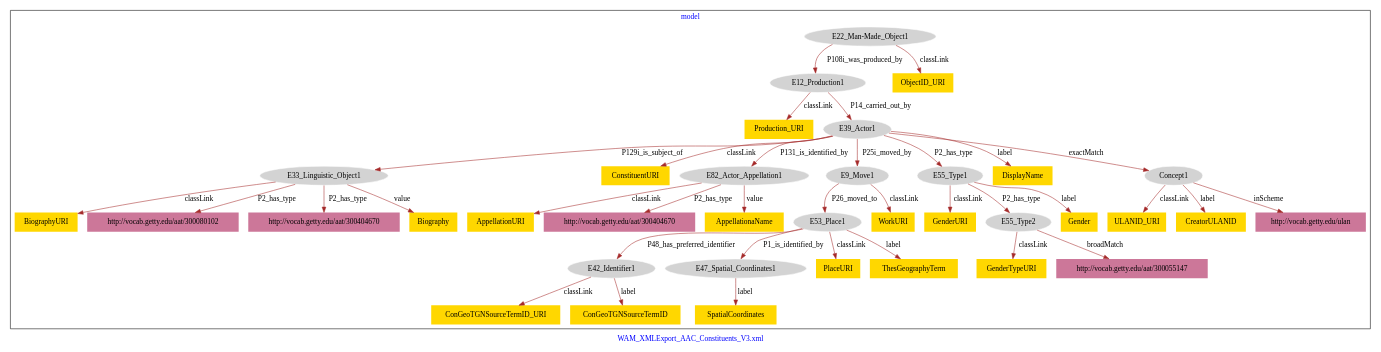
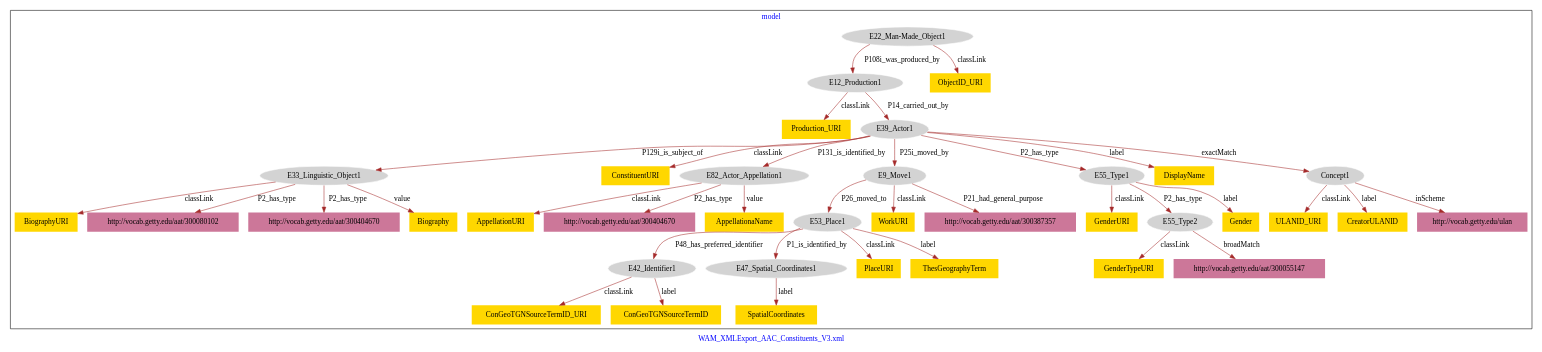
The diagram in WAM_AAC_Constituents/WAM_AAC_Individual_PlaceofWork-model.dot (american-art/wam), drawn with Graphviz before and after one commit.

Commit message:
Update file WAM_AAC_Individual_PlaceofWork-model.dot

```diff
--- a/WAM_AAC_Constituents/WAM_AAC_Individual_PlaceofWork-model.dot
+++ b/WAM_AAC_Constituents/WAM_AAC_Individual_PlaceofWork-model.dot
@@ -1,79 +1,81 @@
 digraph n0 {
 fontcolor="blue"
 remincross="true"
 label="WAM_XMLExport_AAC_Constituents_V3.xml"
 subgraph cluster {
 label="model"
 n2[style="filled",color="white",fillcolor="lightgray",label="E12_Production1"];
 n3[shape="plaintext",style="filled",fillcolor="gold",label="Production_URI"];
 n4[style="filled",color="white",fillcolor="lightgray",label="E39_Actor1"];
 n5[style="filled",color="white",fillcolor="lightgray",label="E22_Man-Made_Object1"];
 n6[shape="plaintext",style="filled",fillcolor="gold",label="ObjectID_URI"];
 n7[style="filled",color="white",fillcolor="lightgray",label="E33_Linguistic_Object1"];
 n8[shape="plaintext",style="filled",fillcolor="gold",label="BiographyURI"];
 n9[shape="plaintext",style="filled",fillcolor="#CC7799",label="http://vocab.getty.edu/aat/300080102"];
 n10[shape="plaintext",style="filled",fillcolor="#CC7799",label="http://vocab.getty.edu/aat/300404670"];
 n11[shape="plaintext",style="filled",fillcolor="gold",label="Biography"];
 n12[shape="plaintext",style="filled",fillcolor="gold",label="ConstituentURI"];
 n13[style="filled",color="white",fillcolor="lightgray",label="E82_Actor_Appellation1"];
 n14[style="filled",color="white",fillcolor="lightgray",label="E9_Move1"];
 n15[style="filled",color="white",fillcolor="lightgray",label="E55_Type1"];
 n16[shape="plaintext",style="filled",fillcolor="gold",label="DisplayName"];
 n17[style="filled",color="white",fillcolor="lightgray",label="Concept1"];
 n18[style="filled",color="white",fillcolor="lightgray",label="E42_Identifier1"];
 n19[shape="plaintext",style="filled",fillcolor="gold",label="ConGeoTGNSourceTermID_URI"];
 n20[shape="plaintext",style="filled",fillcolor="gold",label="ConGeoTGNSourceTermID"];
 n21[style="filled",color="white",fillcolor="lightgray",label="E47_Spatial_Coordinates1"];
 n22[shape="plaintext",style="filled",fillcolor="gold",label="SpatialCoordinates"];
 n23[style="filled",color="white",fillcolor="lightgray",label="E53_Place1"];
 n24[shape="plaintext",style="filled",fillcolor="gold",label="PlaceURI"];
 n25[shape="plaintext",style="filled",fillcolor="gold",label="ThesGeographyTerm"];
 n26[shape="plaintext",style="filled",fillcolor="gold",label="GenderURI"];
 n27[style="filled",color="white",fillcolor="lightgray",label="E55_Type2"];
 n28[shape="plaintext",style="filled",fillcolor="gold",label="Gender"];
 n29[shape="plaintext",style="filled",fillcolor="gold",label="GenderTypeURI"];
 n30[shape="plaintext",style="filled",fillcolor="#CC7799",label="http://vocab.getty.edu/aat/300055147"];
 n31[shape="plaintext",style="filled",fillcolor="gold",label="AppellationURI"];
 n32[shape="plaintext",style="filled",fillcolor="#CC7799",label="http://vocab.getty.edu/aat/300404670"];
 n33[shape="plaintext",style="filled",fillcolor="gold",label="AppellationaName"];
 n34[shape="plaintext",style="filled",fillcolor="gold",label="WorkURI"];
-n35[shape="plaintext",style="filled",fillcolor="gold",label="ULANID_URI"];
-n36[shape="plaintext",style="filled",fillcolor="gold",label="CreatorULANID"];
-n37[shape="plaintext",style="filled",fillcolor="#CC7799",label="http://vocab.getty.edu/ulan"];
+n35[shape="plaintext",style="filled",fillcolor="#CC7799",label="http://vocab.getty.edu/aat/300387357"];
+n36[shape="plaintext",style="filled",fillcolor="gold",label="ULANID_URI"];
+n37[shape="plaintext",style="filled",fillcolor="gold",label="CreatorULANID"];
+n38[shape="plaintext",style="filled",fillcolor="#CC7799",label="http://vocab.getty.edu/ulan"];
 }
 n2 -> n3[color="brown",fontcolor="black",label="classLink"]
 n2 -> n4[color="brown",fontcolor="black",label="P14_carried_out_by"]
 n5 -> n6[color="brown",fontcolor="black",label="classLink"]
 n5 -> n2[color="brown",fontcolor="black",label="P108i_was_produced_by"]
 n7 -> n8[color="brown",fontcolor="black",label="classLink"]
 n7 -> n9[color="brown",fontcolor="black",label="P2_has_type"]
 n7 -> n10[color="brown",fontcolor="black",label="P2_has_type"]
 n7 -> n11[color="brown",fontcolor="black",label="value"]
 n4 -> n12[color="brown",fontcolor="black",label="classLink"]
 n4 -> n7[color="brown",fontcolor="black",label="P129i_is_subject_of"]
 n4 -> n13[color="brown",fontcolor="black",label="P131_is_identified_by"]
 n4 -> n14[color="brown",fontcolor="black",label="P25i_moved_by"]
 n4 -> n15[color="brown",fontcolor="black",label="P2_has_type"]
 n4 -> n16[color="brown",fontcolor="black",label="label"]
 n4 -> n17[color="brown",fontcolor="black",label="exactMatch"]
 n18 -> n19[color="brown",fontcolor="black",label="classLink"]
 n18 -> n20[color="brown",fontcolor="black",label="label"]
 n21 -> n22[color="brown",fontcolor="black",label="label"]
 n23 -> n24[color="brown",fontcolor="black",label="classLink"]
 n23 -> n21[color="brown",fontcolor="black",label="P1_is_identified_by"]
 n23 -> n18[color="brown",fontcolor="black",label="P48_has_preferred_identifier"]
 n23 -> n25[color="brown",fontcolor="black",label="label"]
 n15 -> n26[color="brown",fontcolor="black",label="classLink"]
 n15 -> n27[color="brown",fontcolor="black",label="P2_has_type"]
 n15 -> n28[color="brown",fontcolor="black",label="label"]
 n27 -> n29[color="brown",fontcolor="black",label="classLink"]
 n27 -> n30[color="brown",fontcolor="black",label="broadMatch"]
 n13 -> n31[color="brown",fontcolor="black",label="classLink"]
 n13 -> n32[color="brown",fontcolor="black",label="P2_has_type"]
 n13 -> n33[color="brown",fontcolor="black",label="value"]
 n14 -> n34[color="brown",fontcolor="black",label="classLink"]
+n14 -> n35[color="brown",fontcolor="black",label="P21_had_general_purpose"]
 n14 -> n23[color="brown",fontcolor="black",label="P26_moved_to"]
-n17 -> n35[color="brown",fontcolor="black",label="classLink"]
-n17 -> n36[color="brown",fontcolor="black",label="label"]
-n17 -> n37[color="brown",fontcolor="black",label="inScheme"]
+n17 -> n36[color="brown",fontcolor="black",label="classLink"]
+n17 -> n37[color="brown",fontcolor="black",label="label"]
+n17 -> n38[color="brown",fontcolor="black",label="inScheme"]
 }
```
